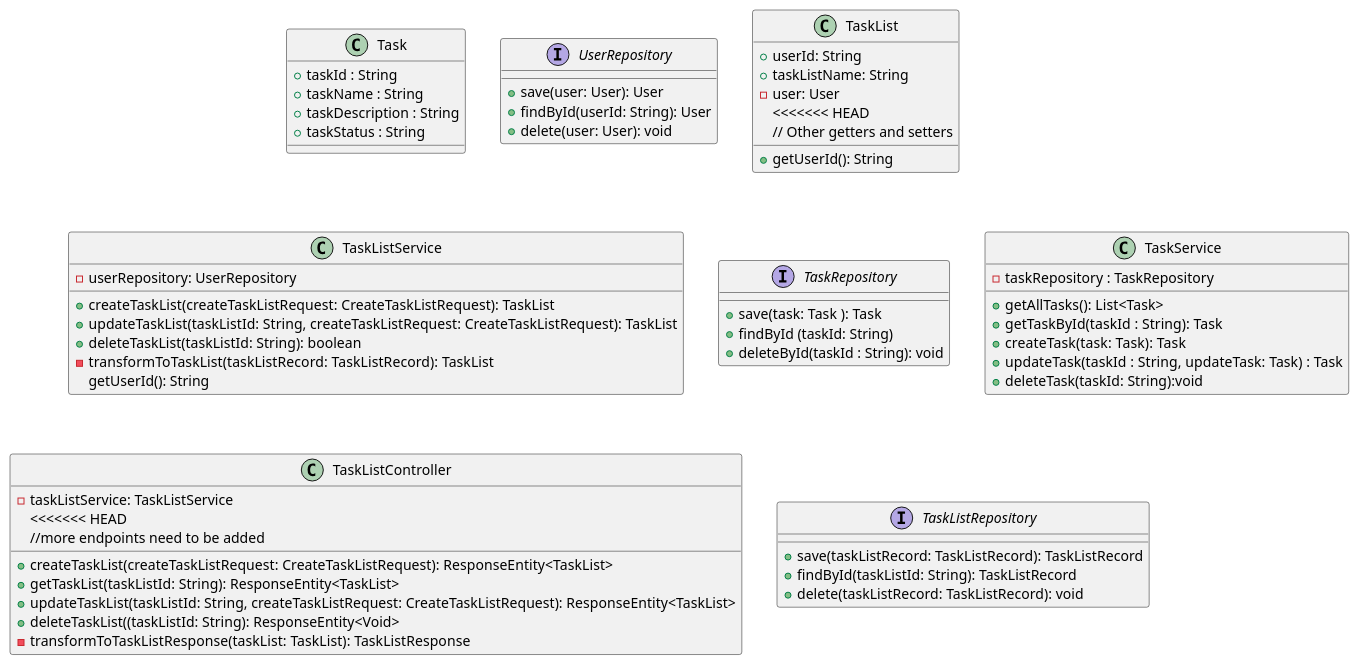
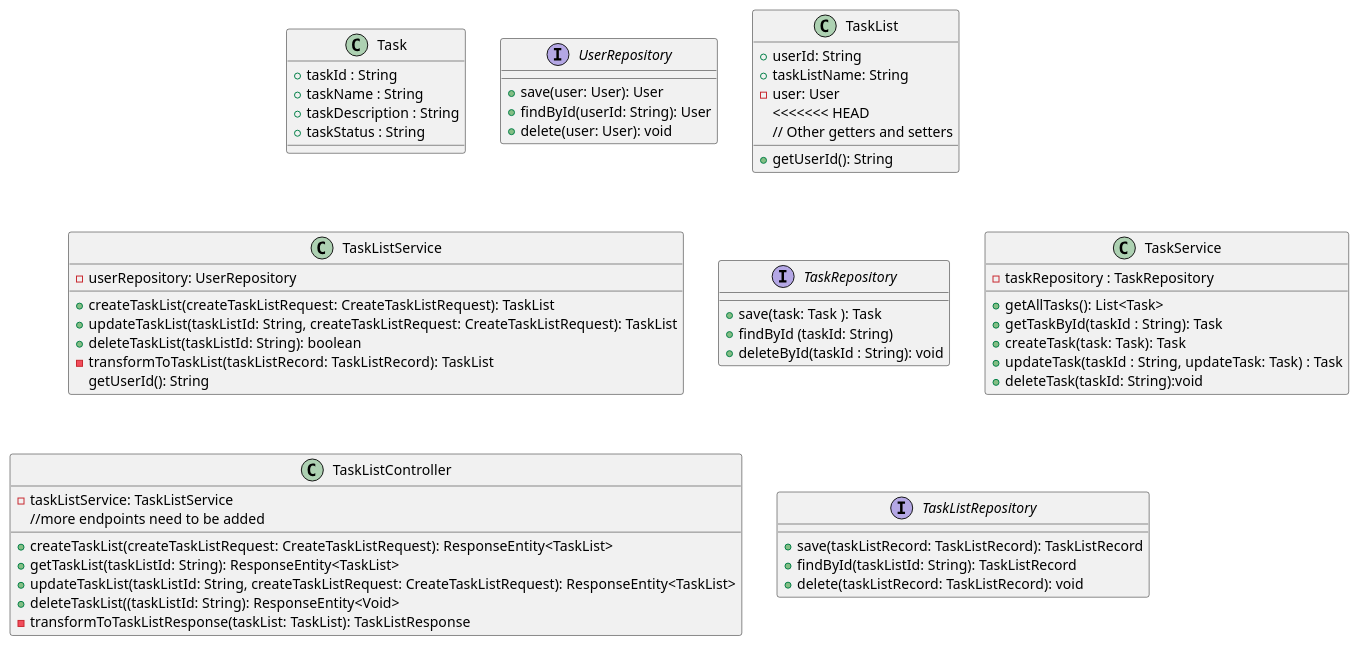
Before and after one commit to adam-knight1/streamline: the diagram in Streamline.puml, drawn with PlantUML.

```diff
--- a/Streamline.puml
+++ b/Streamline.puml
@@ -1,63 +1,64 @@
 @startuml
 class Task {
 +taskId : String
 +taskName : String
 +taskDescription : String
 +taskStatus : String
 }
 
 interface UserRepository {
 +save(user: User): User
 +findById(userId: String): User
 +delete(user: User): void
 }
 
 class TaskList {
 +userId: String
 +taskListName: String
 -user: User
 <<<<<<< HEAD
 +getUserId(): String
   // Other getters and setters
 }
 
 class TaskListService {
   -userRepository: UserRepository
   +createTaskList(createTaskListRequest: CreateTaskListRequest): TaskList
   +updateTaskList(taskListId: String, createTaskListRequest: CreateTaskListRequest): TaskList
   +deleteTaskList(taskListId: String): boolean
   -transformToTaskList(taskListRecord: TaskListRecord): TaskList
 getUserId(): String
 }
 
 interface TaskRepository {
 +save(task: Task ): Task
 +findById (taskId: String)
 +deleteById(taskId : String): void
 }
+
 class TaskService {
 -taskRepository : TaskRepository
 +getAllTasks(): List<Task>
 +getTaskById(taskId : String): Task
 +createTask(task: Task): Task
 +updateTask(taskId : String, updateTask: Task) : Task
 +deleteTask(taskId: String):void
 }
 
 class TaskListController {
 -taskListService: TaskListService
 +createTaskList(createTaskListRequest: CreateTaskListRequest): ResponseEntity<TaskList>
-<<<<<<< HEAD
 +getTaskList(taskListId: String): ResponseEntity<TaskList>
 +updateTaskList(taskListId: String, createTaskListRequest: CreateTaskListRequest): ResponseEntity<TaskList>
 +deleteTaskList((taskListId: String): ResponseEntity<Void>
 -transformToTaskListResponse(taskList: TaskList): TaskListResponse
   //more endpoints need to be added
 }
 
 interface TaskListRepository {
 +save(taskListRecord: TaskListRecord): TaskListRecord
 +findById(taskListId: String): TaskListRecord
 +delete(taskListRecord: TaskListRecord): void
 }
+
 @enduml
```
